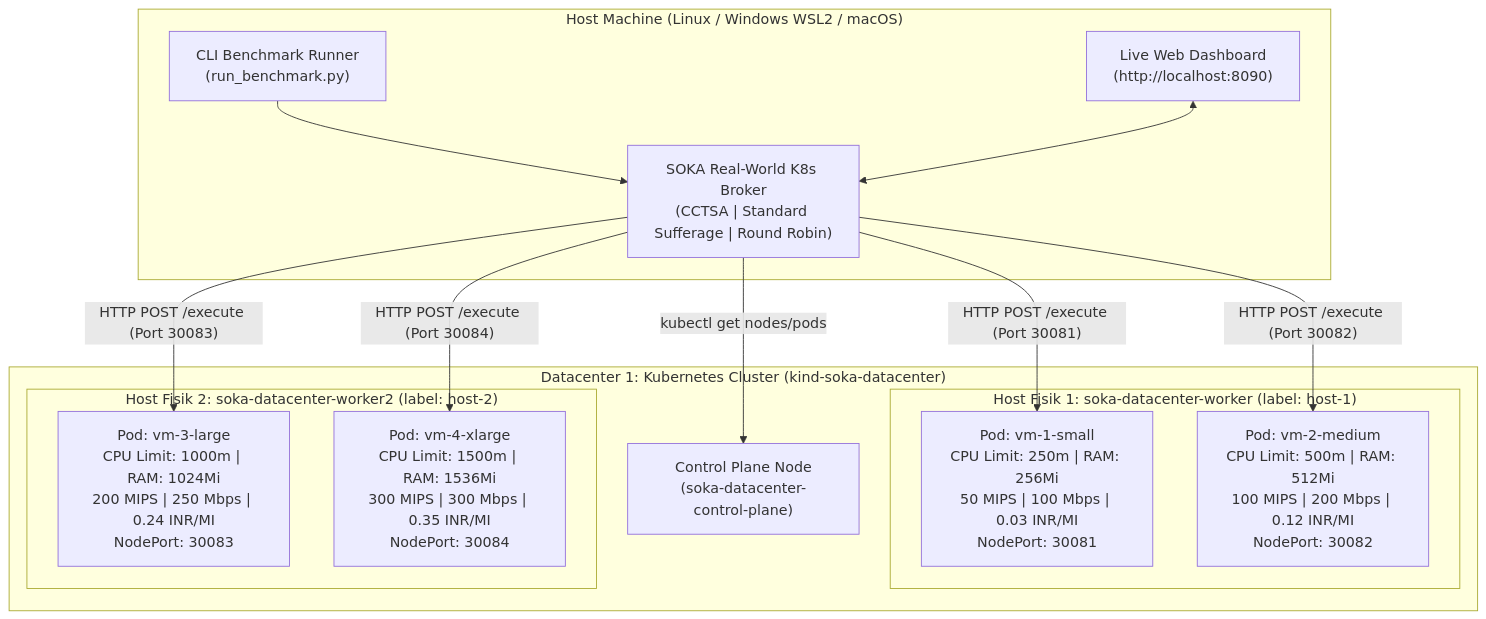
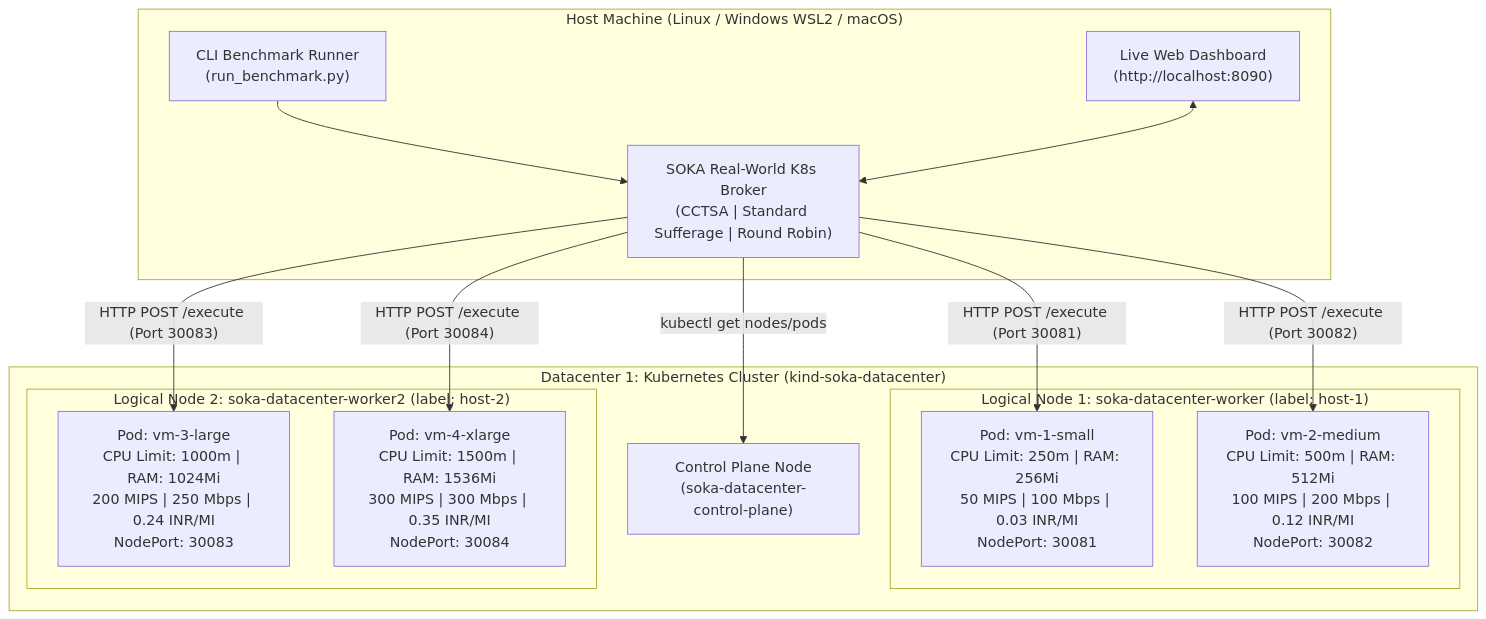
Before and after one commit to Satya-Raditya-051/SOKA-RealWorld-Sufferage-K8s: the diagram in PRD_REALWORLD_SUFFERAGE_K8S.md, drawn with Mermaid. The commit also changed other lines of this file and 27 other files, not shown here.

````diff
--- a/PRD_REALWORLD_SUFFERAGE_K8S.md
+++ b/PRD_REALWORLD_SUFFERAGE_K8S.md
@@ -103,30 +112,30 @@
 ```mermaid
 flowchart TB
     subgraph HostLaptop ["Host Machine (Linux / Windows WSL2 / macOS)"]
         CLI["CLI Benchmark Runner\n(run_benchmark.py)"]
         Dash["Live Web Dashboard\n(http://localhost:8090)"]
         Broker["SOKA Real-World K8s Broker\n(CCTSA | Standard Sufferage | Round Robin)"]
         CLI --> Broker
         Dash <--> Broker
     end
 
     subgraph K8sCluster ["Datacenter 1: Kubernetes Cluster (kind-soka-datacenter)"]
         API["Control Plane Node\n(soka-datacenter-control-plane)"]
 
-        subgraph Node1 ["Host Fisik 1: soka-datacenter-worker (label: host-1)"]
+        subgraph Node1 ["Logical Node 1: soka-datacenter-worker (label: host-1)"]
             Pod1["Pod: vm-1-small\nCPU Limit: 250m | RAM: 256Mi\n50 MIPS | 100 Mbps | 0.03 INR/MI\nNodePort: 30081"]
             Pod2["Pod: vm-2-medium\nCPU Limit: 500m | RAM: 512Mi\n100 MIPS | 200 Mbps | 0.12 INR/MI\nNodePort: 30082"]
         end
 
-        subgraph Node2 ["Host Fisik 2: soka-datacenter-worker2 (label: host-2)"]
+        subgraph Node2 ["Logical Node 2: soka-datacenter-worker2 (label: host-2)"]
             Pod3["Pod: vm-3-large\nCPU Limit: 1000m | RAM: 1024Mi\n200 MIPS | 250 Mbps | 0.24 INR/MI\nNodePort: 30083"]
             Pod4["Pod: vm-4-xlarge\nCPU Limit: 1500m | RAM: 1536Mi\n300 MIPS | 300 Mbps | 0.35 INR/MI\nNodePort: 30084"]
         end
     end
 
     Broker -->|"kubectl get nodes/pods"| API
     Broker -->|"HTTP POST /execute (Port 30081)"| Pod1
     Broker -->|"HTTP POST /execute (Port 30082)"| Pod2
     Broker -->|"HTTP POST /execute (Port 30083)"| Pod3
     Broker -->|"HTTP POST /execute (Port 30084)"| Pod4
 ```
````
